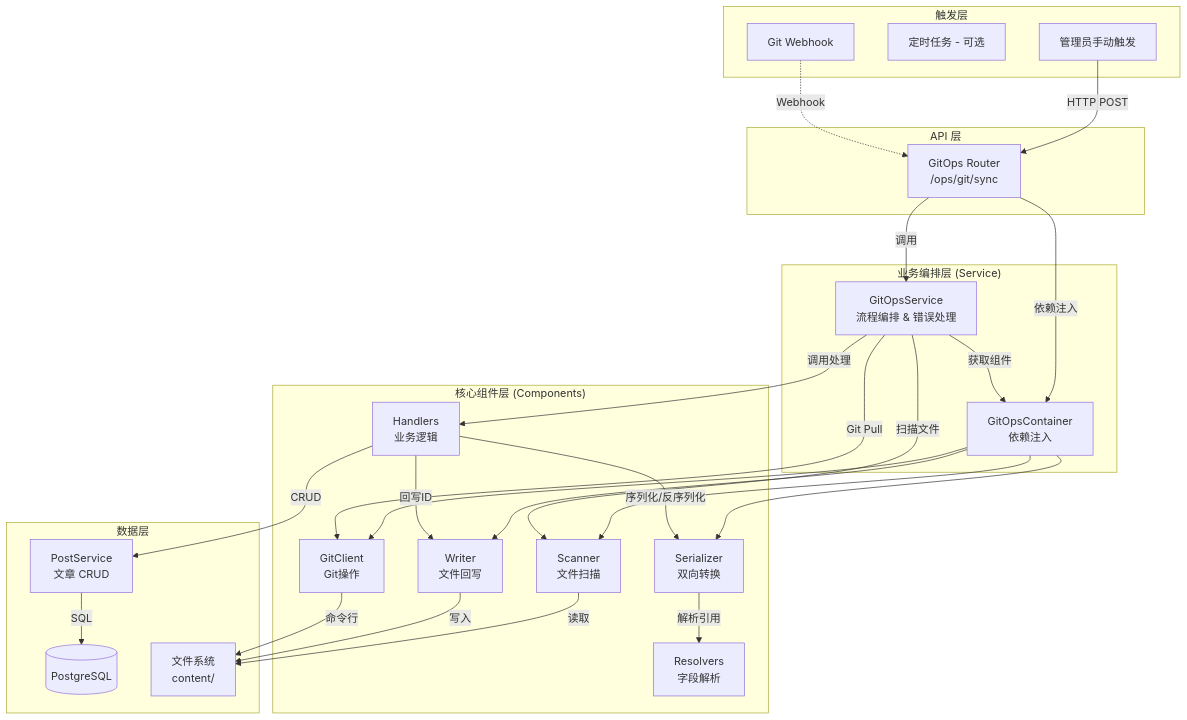
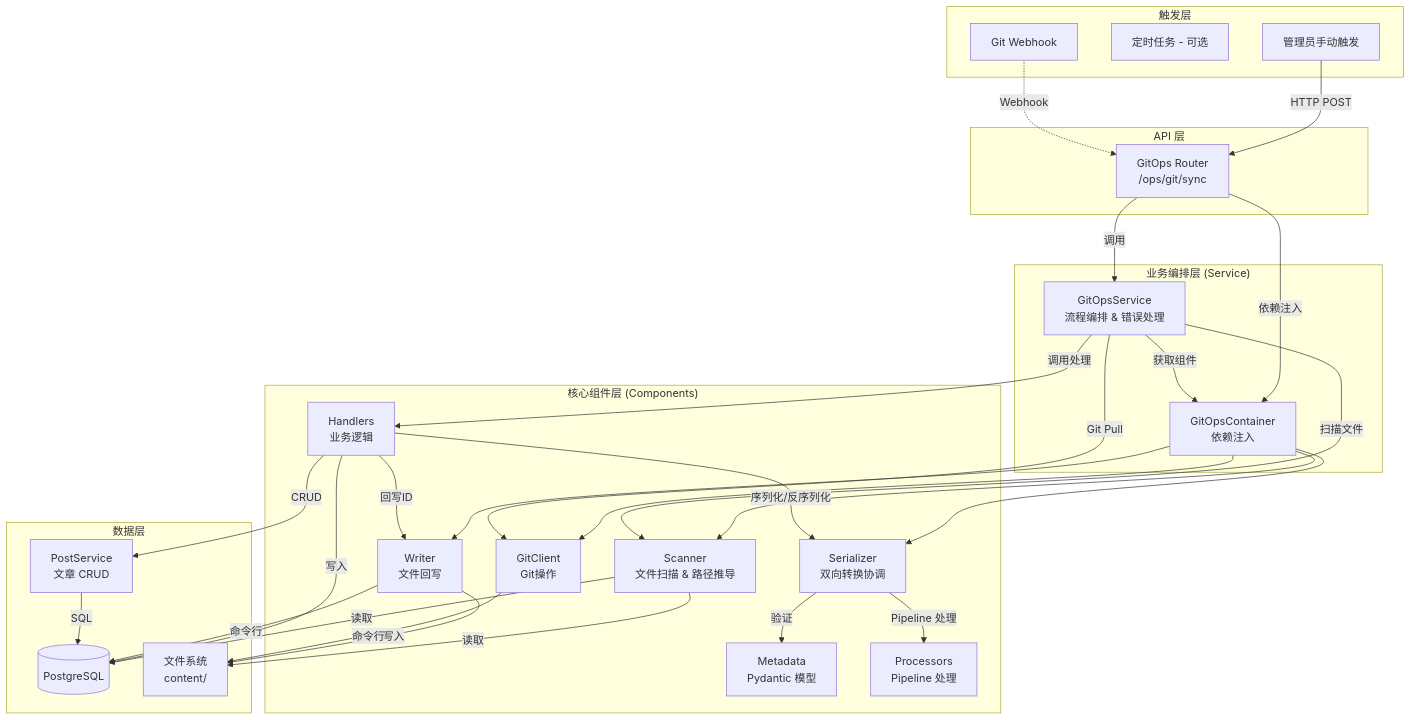
Before and after one commit to sumanin5/blog_fr: the diagram in backend/app/git_ops/ARCHITECTURE.md, drawn with Mermaid. The commit also changed other lines of this file and 19 other files, not shown here.

First line of the commit message:
refactor(git_ops): 重构 GitOps 组件，采用 Processor Pipeline 模式

````diff
--- a/backend/app/git_ops/ARCHITECTURE.md
+++ b/backend/app/git_ops/ARCHITECTURE.md
@@ -7,58 +7,63 @@
 ```mermaid
 graph TB
     subgraph "触发层"
         A1[管理员手动触发]
         A2[定时任务 - 可选]
         A3[Git Webhook]
     end
 
     subgraph "API 层"
         B[GitOps Router<br>/ops/git/sync]
     end
 
     subgraph "业务编排层 (Service)"
         C[GitOpsService<br>流程编排 & 错误处理]
         Container[GitOpsContainer<br>依赖注入]
     end
 
     subgraph "核心组件层 (Components)"
-        D[Scanner<br>文件扫描]
-        E[Serializer<br>双向转换]
-        F[Resolvers<br>字段解析]
-        G[Handlers<br>业务逻辑]
-        H[Writer<br>文件回写]
-        I[GitClient<br>Git操作]
+        D[Scanner<br>文件扫描 & 路径推导]
+        E[Metadata<br>Pydantic 模型]
+        F[Serializer<br>双向转换协调]
+        G[Processors<br>Pipeline 处理]
+        H[Handlers<br>业务逻辑]
+        I[Writer<br>文件回写]
+        J[GitClient<br>Git操作]
     end
 
     subgraph "数据层"
-        J[PostService<br>文章 CRUD]
-        K[(PostgreSQL)]
-        L[文件系统<br>content/]
+        K[PostService<br>文章 CRUD]
+        L[(PostgreSQL)]
+        M[文件系统<br>content/]
     end
 
     A1 -->|HTTP POST| B
     A3 -.->|Webhook| B
 
     B -->|依赖注入| Container
     B -->|调用| C
-    
+
     C -->|获取组件| Container
     Container --> D
-    Container --> E
-    Container --> H
+    Container --> F
     Container --> I
+    Container --> J
 
-    C -->|Git Pull| I
+    C -->|Git Pull| J
     C -->|扫描文件| D
-    C -->|调用处理| G
-    
-    G -->|序列化/反序列化| E
-    E -->|解析引用| F
-    G -->|CRUD| J
-    G -->|回写ID| H
-    
-    J -->|SQL| K
+    C -->|调用处理| H
+
+    H -->|序列化/反序列化| F
+    F -->|验证| E
+    F -->|Pipeline 处理| G
+    H -->|CRUD| K
+    H -->|回写ID| I
+
+    K -->|SQL| L
+    D -->|读取| M
+    I -->|写入| M
+    J -->|命令行| M
     D -->|读取| L
     H -->|写入| L
     I -->|命令行| L
 ```
````
